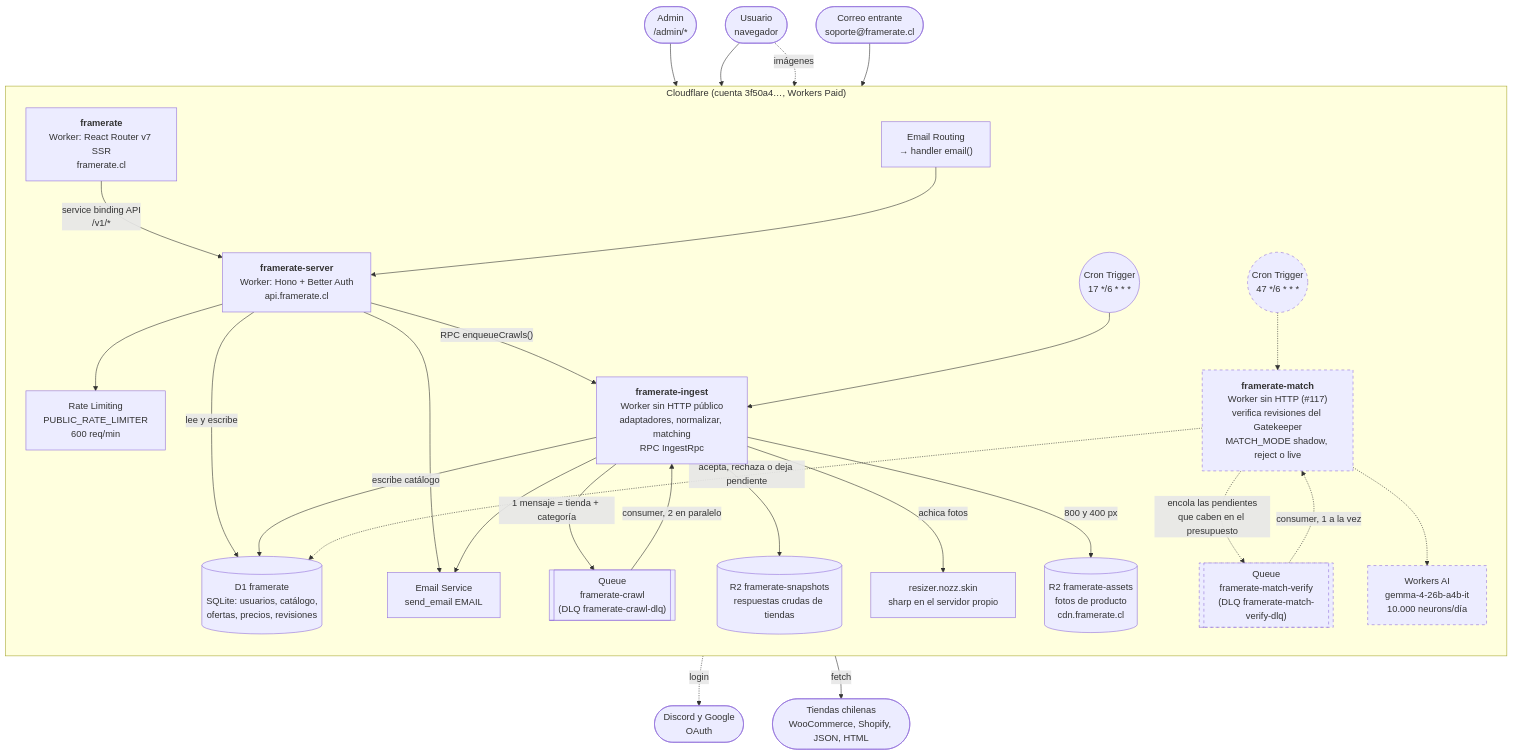
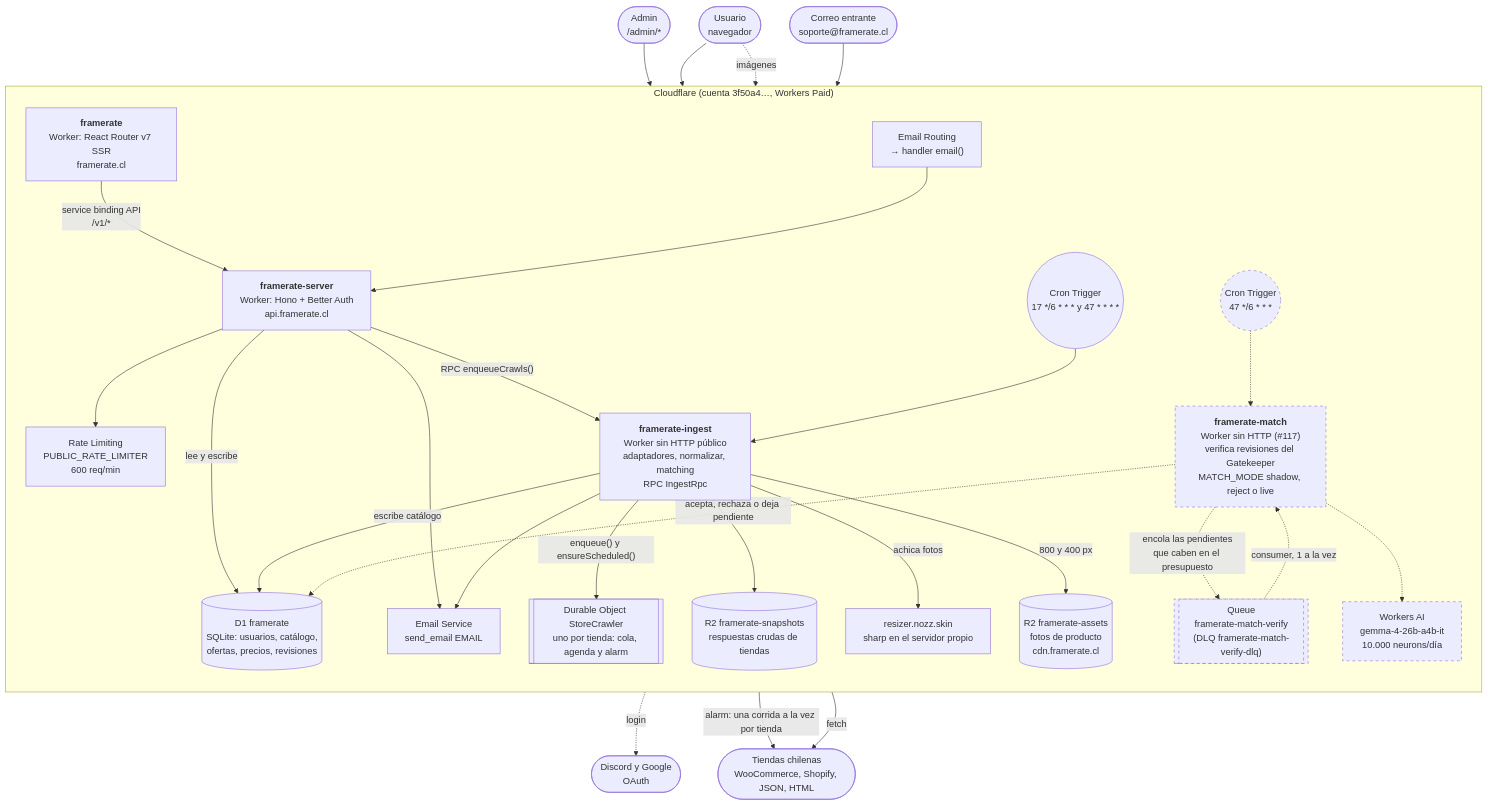
The first of 2 diagrams in docs/architecture.md (valentin-marquez/framerate), drawn with Mermaid before and after one commit. The commit also changed other lines of this file and 12 other files, not shown here.

First line of the commit message:
feat(ingest): un Durable Object por tienda reemplaza la cola de crawls

````diff
--- a/docs/architecture.md
+++ b/docs/architecture.md
@@ -31,63 +31,63 @@
 ```mermaid
 flowchart TB
   user(["Usuario<br/>navegador"])
   admin(["Admin<br/>/admin/*"])
   mail(["Correo entrante<br/>soporte@framerate.cl"])
   stores(["Tiendas chilenas<br/>WooCommerce, Shopify, JSON, HTML"])
   oauth(["Discord y Google<br/>OAuth"])
 
   subgraph CF["Cloudflare (cuenta 3f50a4…, Workers Paid)"]
     direction TB
 
     web["<b>framerate</b><br/>Worker: React Router v7 SSR<br/>framerate.cl"]
 
     server["<b>framerate-server</b><br/>Worker: Hono + Better Auth<br/>api.framerate.cl"]
     rl["Rate Limiting<br/>PUBLIC_RATE_LIMITER<br/>600 req/min"]
     emailRouting["Email Routing<br/>→ handler email()"]
     emailSend["Email Service<br/>send_email EMAIL"]
 
-    cron(("Cron Trigger<br/>17 */6 * * *"))
-    crawlQ[["Queue<br/>framerate-crawl<br/>(DLQ framerate-crawl-dlq)"]]
+    cron(("Cron Trigger<br/>17 */6 * * * y 47 * * * *"))
+    crawler[["Durable Object StoreCrawler<br/>uno por tienda: cola, agenda y alarm"]]
     ingest["<b>framerate-ingest</b><br/>Worker sin HTTP público<br/>adaptadores, normalizar, matching<br/>RPC IngestRpc"]
     resizer["resizer.nozz.skin<br/>sharp en el servidor propio"]
 
     d1[("D1 framerate<br/>SQLite: usuarios, catálogo,<br/>ofertas, precios, revisiones")]
     snap[("R2 framerate-snapshots<br/>respuestas crudas de tiendas")]
     assets[("R2 framerate-assets<br/>fotos de producto<br/>cdn.framerate.cl")]
 
     matchCron(("Cron Trigger<br/>47 */6 * * *"))
     matchQ[["Queue<br/>framerate-match-verify<br/>(DLQ framerate-match-verify-dlq)"]]
     match["<b>framerate-match</b><br/>Worker sin HTTP (#117)<br/>verifica revisiones del Gatekeeper<br/>MATCH_MODE shadow, reject o live"]
     ai["Workers AI<br/>gemma-4-26b-a4b-it<br/>10.000 neurons/día"]
   end
 
   user --> web
   admin --> web
   web -- "service binding API<br/>/v1/*" --> server
   server --> rl
   server -- "lee y escribe" --> d1
   server -- "RPC enqueueCrawls()" --> ingest
   server --> emailSend
   server -. "login" .-> oauth
   mail --> emailRouting --> server
 
   cron --> ingest
-  ingest -- "1 mensaje = tienda + categoría" --> crawlQ
-  crawlQ -- "consumer, 2 en paralelo" --> ingest
+  ingest -- "enqueue() y ensureScheduled()" --> crawler
+  crawler -- "alarm: una corrida a la vez por tienda" --> stores
   ingest -- "fetch" --> stores
   ingest -- "escribe catálogo" --> d1
   ingest --> snap
   ingest -- "achica fotos" --> resizer
   ingest -- "800 y 400 px" --> assets
   ingest --> emailSend
   user -. "imágenes" .-> assets
 
   matchCron -.-> match
   match -. "encola las pendientes<br/>que caben en el presupuesto" .-> matchQ
   matchQ -. "consumer, 1 a la vez" .-> match
   match -.-> ai
   match -. "acepta, rechaza o deja pendiente" .-> d1
 
   classDef proposed stroke-dasharray: 5 5
   class matchCron,matchQ,match,ai proposed
 ```
````
